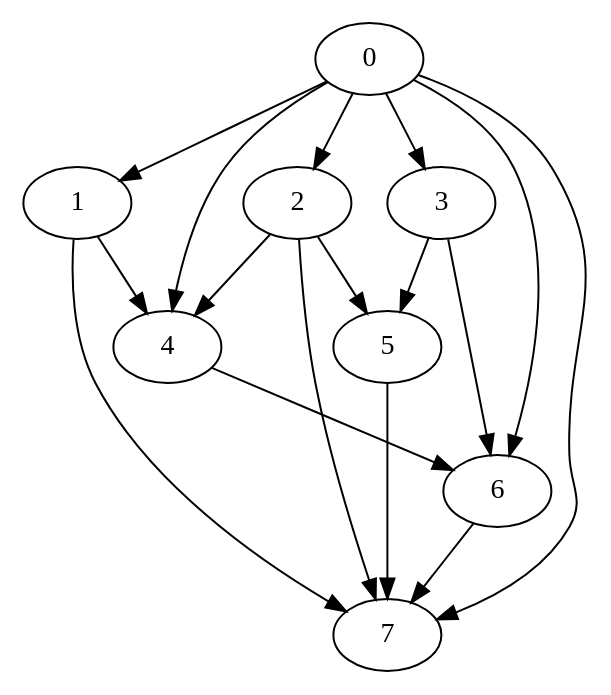
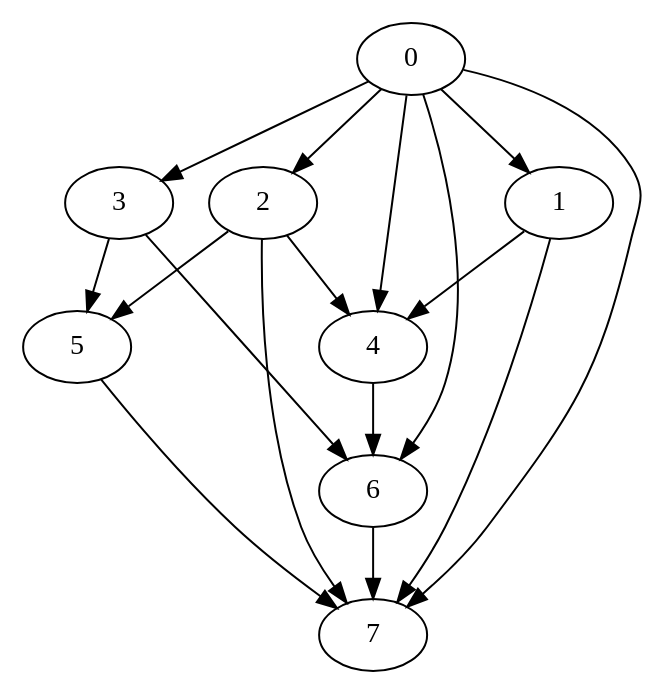
One commit to PJhaveri02/Task-Scheduler changed the diagram in dot/Nodes_8_Random-output.dot. Above: the diagram before and after it, drawn with Graphviz. The commit also changed 2 other files, not shown here.

```diff
--- a/dot/Nodes_8_Random-output.dot
+++ b/dot/Nodes_8_Random-output.dot
@@ -1,26 +1,26 @@
 digraph "outputGraph" {
-		1	[Weight=88, Start=38, Processor=1]
+		3	[Weight=159, Start=42, Processor=2]
+		0 -> 3   [Weight = 7];
+		1	[Weight=88, Start=38, Processor=3]
 		0 -> 1   [Weight = 3];
-		3	[Weight=159, Start=126, Processor=1]
-		0 -> 3   [Weight = 7];
-		5	[Weight=141, Start=285, Processor=1]
+		5	[Weight=141, Start=217, Processor=3]
 		3 -> 5   [Weight = 5];
 		2 -> 5   [Weight = 6];
-		0	[Weight=35, Start=0, Processor=2]
-		2	[Weight=176, Start=35, Processor=2]
+		0	[Weight=35, Start=0, Processor=4]
+		2	[Weight=176, Start=35, Processor=4]
 		0 -> 2   [Weight = 9];
-		4	[Weight=176, Start=211, Processor=2]
+		4	[Weight=176, Start=211, Processor=4]
 		0 -> 4   [Weight = 5];
+		2 -> 4   [Weight = 8];
 		1 -> 4   [Weight = 10];
-		2 -> 4   [Weight = 8];
-		6	[Weight=141, Start=387, Processor=2]
+		6	[Weight=141, Start=387, Processor=4]
 		0 -> 6   [Weight = 4];
+		3 -> 6   [Weight = 8];
 		4 -> 6   [Weight = 2];
-		3 -> 6   [Weight = 8];
-		7	[Weight=53, Start=528, Processor=2]
+		7	[Weight=53, Start=528, Processor=4]
 		5 -> 7   [Weight = 4];
+		0 -> 7   [Weight = 9];
 		6 -> 7   [Weight = 8];
-		0 -> 7   [Weight = 9];
+		2 -> 7   [Weight = 3];
 		1 -> 7   [Weight = 6];
-		2 -> 7   [Weight = 3];
 }
```
